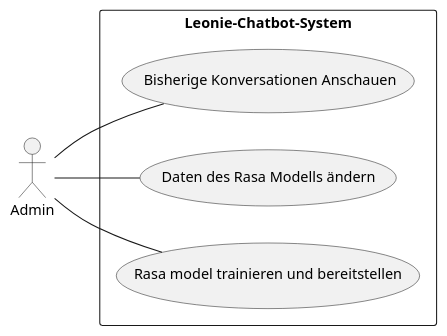
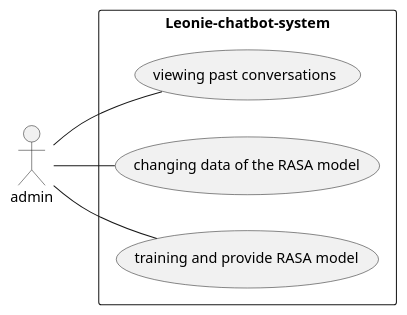
The diagram in asciidocs/plantuml/admin-ucd.puml (2223-4bhitm-itp/2223-4bhitm-itp-2223-4bhitm-leonie), drawn with PlantUML before and after one commit. The commit also changed 3 other files, not shown here.

```diff
--- a/asciidocs/plantuml/admin-ucd.puml
+++ b/asciidocs/plantuml/admin-ucd.puml
@@ -1,12 +1,12 @@
 @startuml
 left to right direction
-actor "Admin" as fc
-rectangle Leonie-Chatbot-System {
-  usecase " Bisherige Konversationen Anschauen" as UC1
-  usecase " Daten des Rasa Modells ändern" as UC2
-  usecase "Rasa model trainieren und bereitstellen" as UC3
+actor "admin" as fc
+rectangle Leonie-chatbot-system {
+  usecase "viewing past conversations" as UC1
+  usecase "changing data of the RASA model" as UC2
+  usecase "training and provide RASA model" as UC3
 }
 fc -- UC1
 fc -- UC2
 fc -- UC3
 @enduml
```
